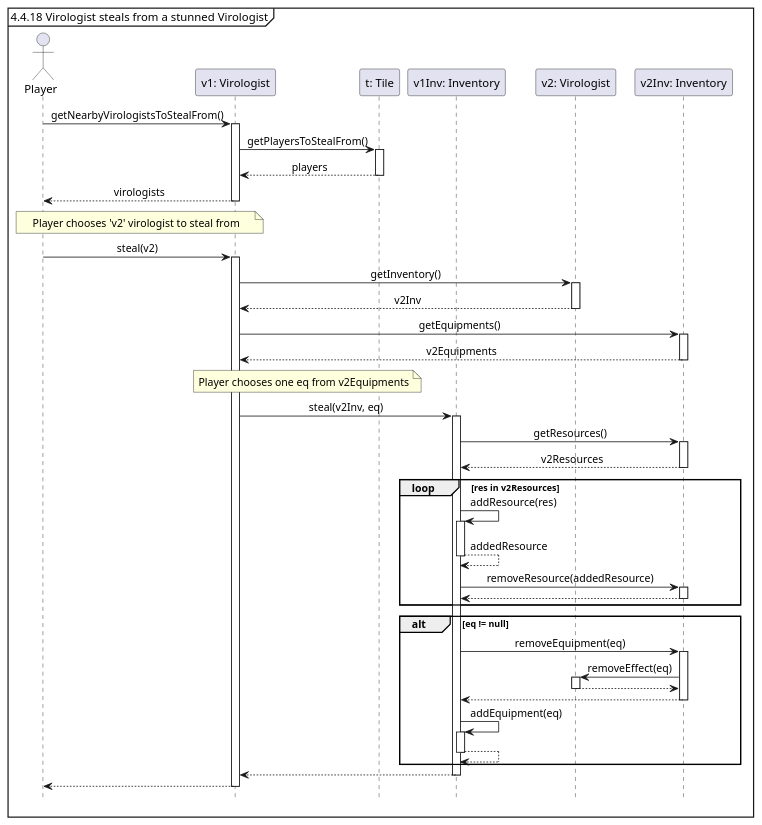
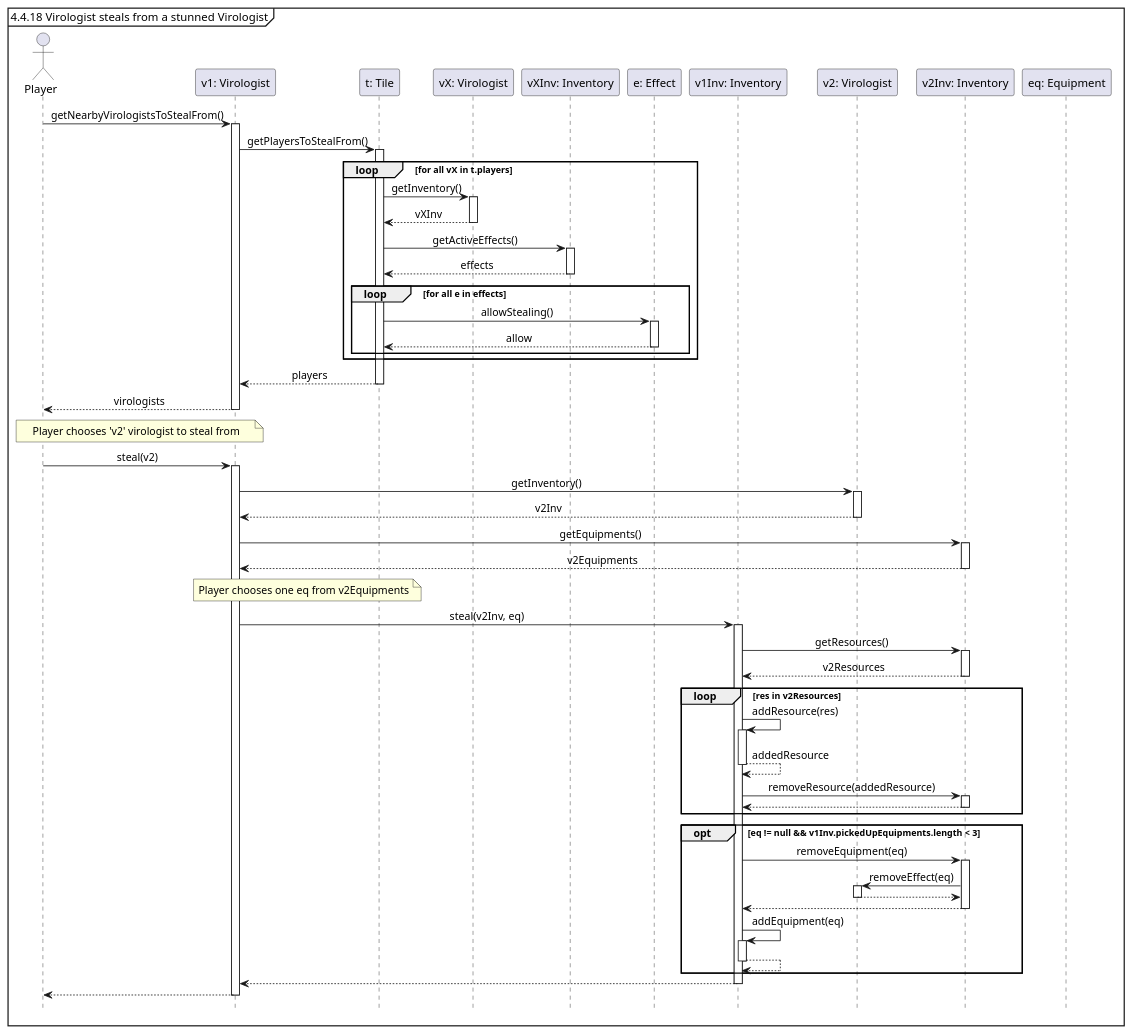
Before and after one commit to Tschonti/503-service-unavailable: the diagram in docs/seqDiagrams/13stealFromPlayer.puml, drawn with PlantUML. The commit also changed 9 other files, not shown here.

```diff
--- a/docs/seqDiagrams/13stealFromPlayer.puml
+++ b/docs/seqDiagrams/13stealFromPlayer.puml
@@ -1,52 +1,66 @@
 @startuml
 'https://plantuml.com/sequence-diagram
 
 hide footbox
 skinparam sequenceMessageAlign center
 
 mainframe 4.4.18 Virologist steals from a stunned Virologist
 
 actor Player as p
 participant "v1: Virologist" as v1
 participant "t: Tile" as t
+participant "vX: Virologist" as vX
+participant "vXInv: Inventory" as vXInv
+participant "e: Effect" as e
 participant "v1Inv: Inventory" as v1Inv
 participant "v2: Virologist" as v2
 participant "v2Inv: Inventory" as v2Inv
+participant "eq: Equipment" as eq
 
 p -> v1 ++ : getNearbyVirologistsToStealFrom()
     v1-> t ++ : getPlayersToStealFrom()
+    loop for all vX in t.players
+        t -> vX ++ : getInventory()
+        return vXInv
+        t -> vXInv ++ : getActiveEffects()
+        return effects
+        loop for all e in effects
+            t -> e ++ : allowStealing()
+            return allow
+        end
+    end
     return players
 return virologists
 
 note over p, v1 : Player chooses 'v2' virologist to steal from
 
 p -> v1 ++ : steal(v2)
     v1 -> v2 ++ : getInventory()
     return v2Inv
 
     v1 -> v2Inv ++ : getEquipments()
     return v2Equipments
     note over v1, t: Player chooses one eq from v2Equipments
 
     v1 -> v1Inv ++ : steal(v2Inv, eq)
         v1Inv -> v2Inv ++ : getResources()
         return v2Resources
 
         loop res in v2Resources
             v1Inv -> v1Inv ++ : addResource(res)
             return addedResource
             v1Inv -> v2Inv ++ : removeResource(addedResource)
             return
         end
-        alt eq != null
+        opt eq != null && v1Inv.pickedUpEquipments.length < 3
             v1Inv -> v2Inv ++ : removeEquipment(eq)
                 v2Inv -> v2 ++ : removeEffect(eq)
                 return
             return
             v1Inv -> v1Inv ++ : addEquipment(eq)
             return
         end
     return
 return
 
 @enduml
```
